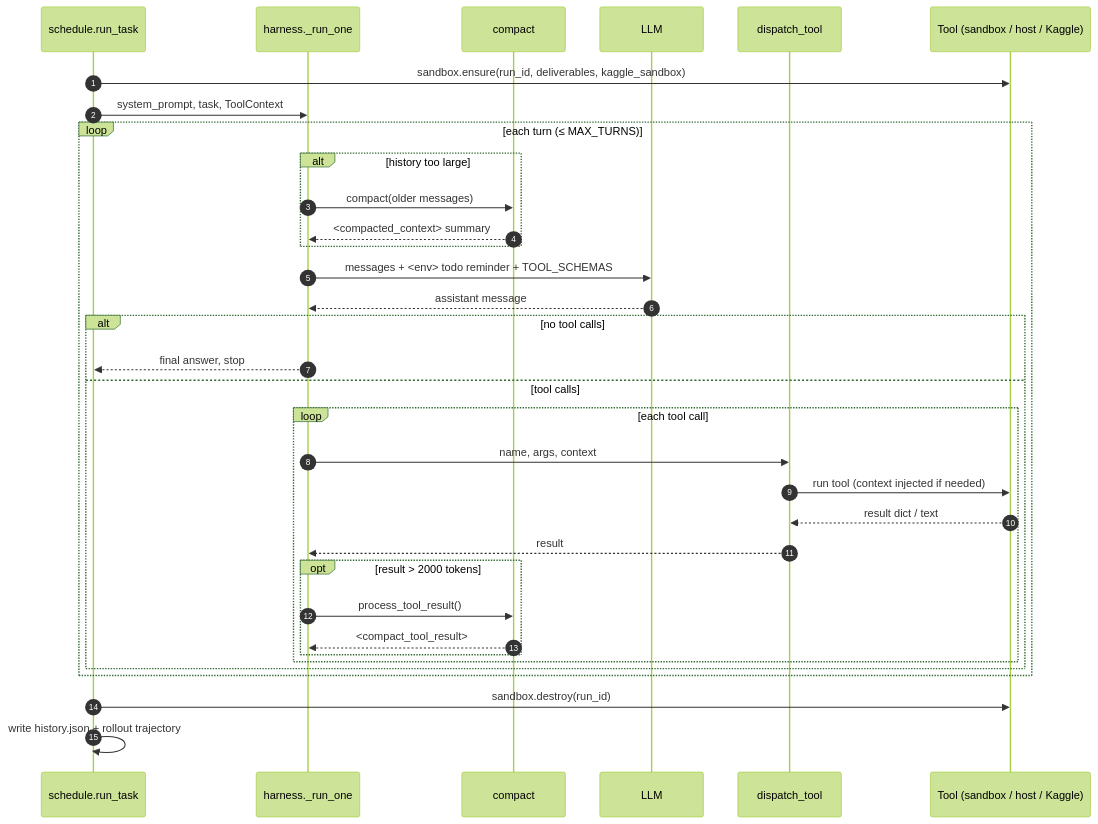
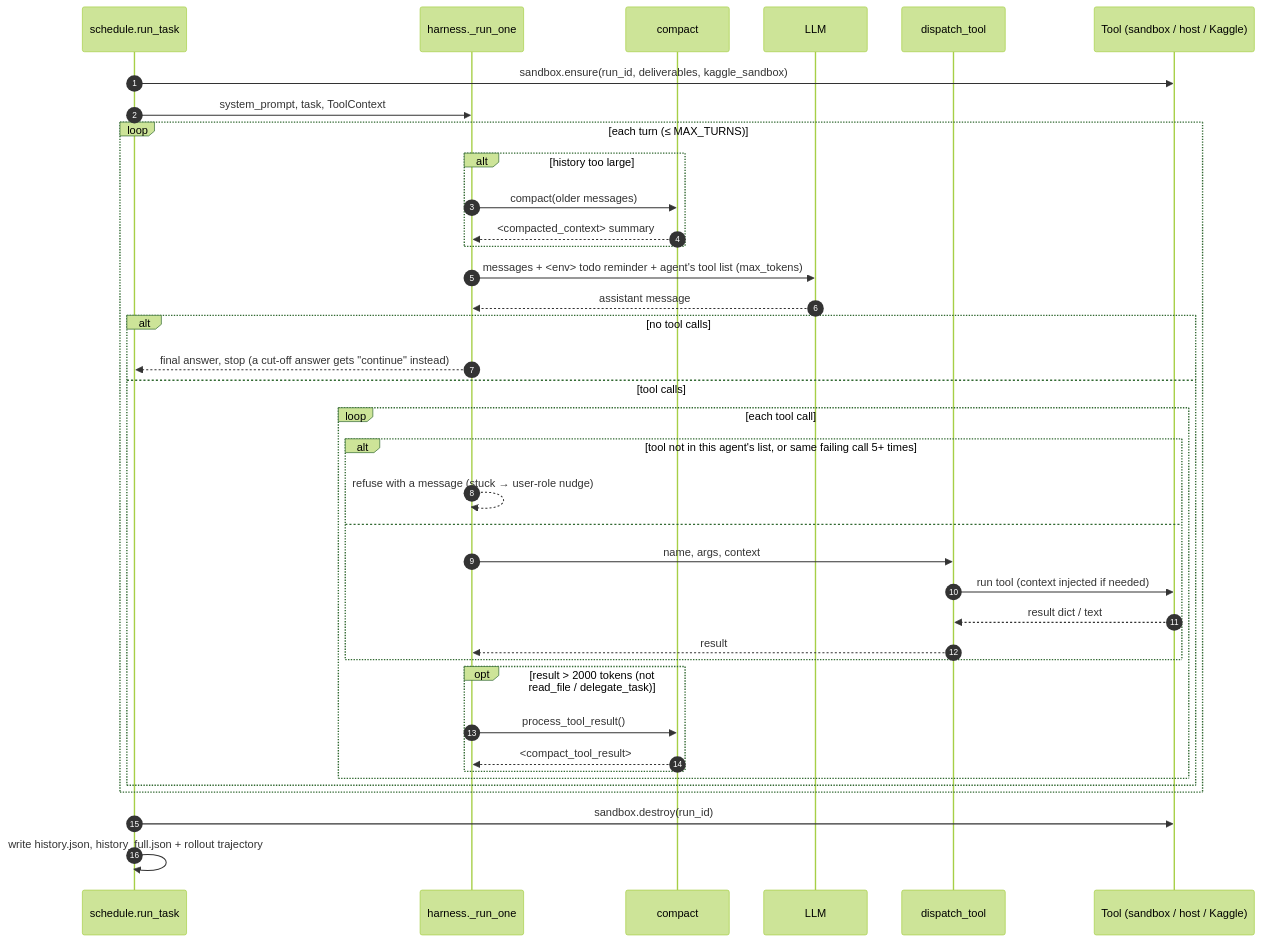
One commit to NBTailee/agent-harness changed the second of 8 diagrams in README.md. Above: the diagram before and after it, drawn with Mermaid (forest theme). The commit also changed other lines of this file and 28 other files, not shown here.

````diff
--- a/README.md
+++ b/README.md
@@ -80,37 +97,41 @@
 ```mermaid
 sequenceDiagram
     autonumber
     participant S as schedule.run_task
     participant H as harness._run_one
     participant C as compact
     participant L as LLM
     participant E as dispatch_tool
     participant T as Tool (sandbox / host / Kaggle)
 
     S->>T: sandbox.ensure(run_id, deliverables, kaggle_sandbox)
     S->>H: system_prompt, task, ToolContext
     loop each turn (≤ MAX_TURNS)
         alt history too large
             H->>C: compact(older messages)
             C-->>H: <compacted_context> summary
         end
-        H->>L: messages + <env> todo reminder + TOOL_SCHEMAS
+        H->>L: messages + <env> todo reminder + agent's tool list (max_tokens)
         L-->>H: assistant message
         alt no tool calls
-            H-->>S: final answer, stop
+            H-->>S: final answer, stop (a cut-off answer gets "continue" instead)
         else tool calls
             loop each tool call
-                H->>E: name, args, context
-                E->>T: run tool (context injected if needed)
-                T-->>E: result dict / text
-                E-->>H: result
-                opt result > 2000 tokens
+                alt tool not in this agent's list, or same failing call 5+ times
+                    H-->>H: refuse with a message (stuck → user-role nudge)
+                else
+                    H->>E: name, args, context
+                    E->>T: run tool (context injected if needed)
+                    T-->>E: result dict / text
+                    E-->>H: result
+                end
+                opt result > 2000 tokens (not read_file / delegate_task)
                     H->>C: process_tool_result()
                     C-->>H: <compact_tool_result>
                 end
             end
         end
     end
     S->>T: sandbox.destroy(run_id)
-    S->>S: write history.json + rollout trajectory
+    S->>S: write history.json, history_full.json + rollout trajectory
 ```
````
